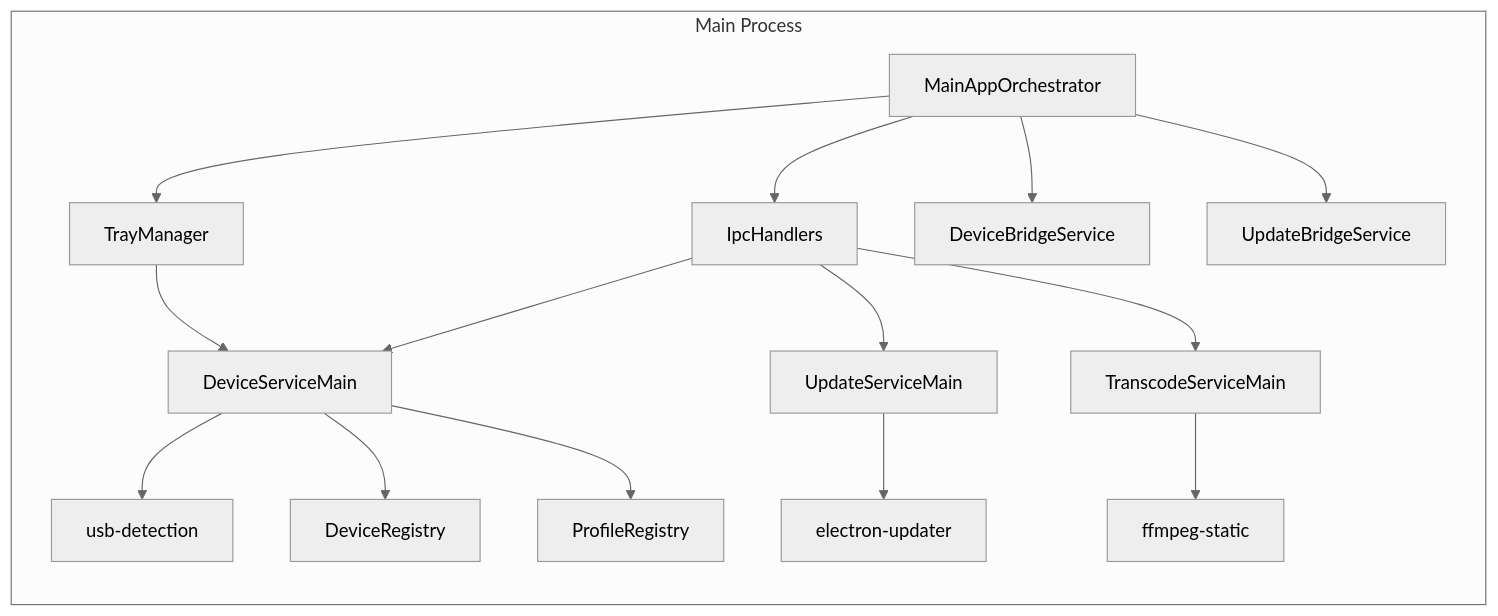
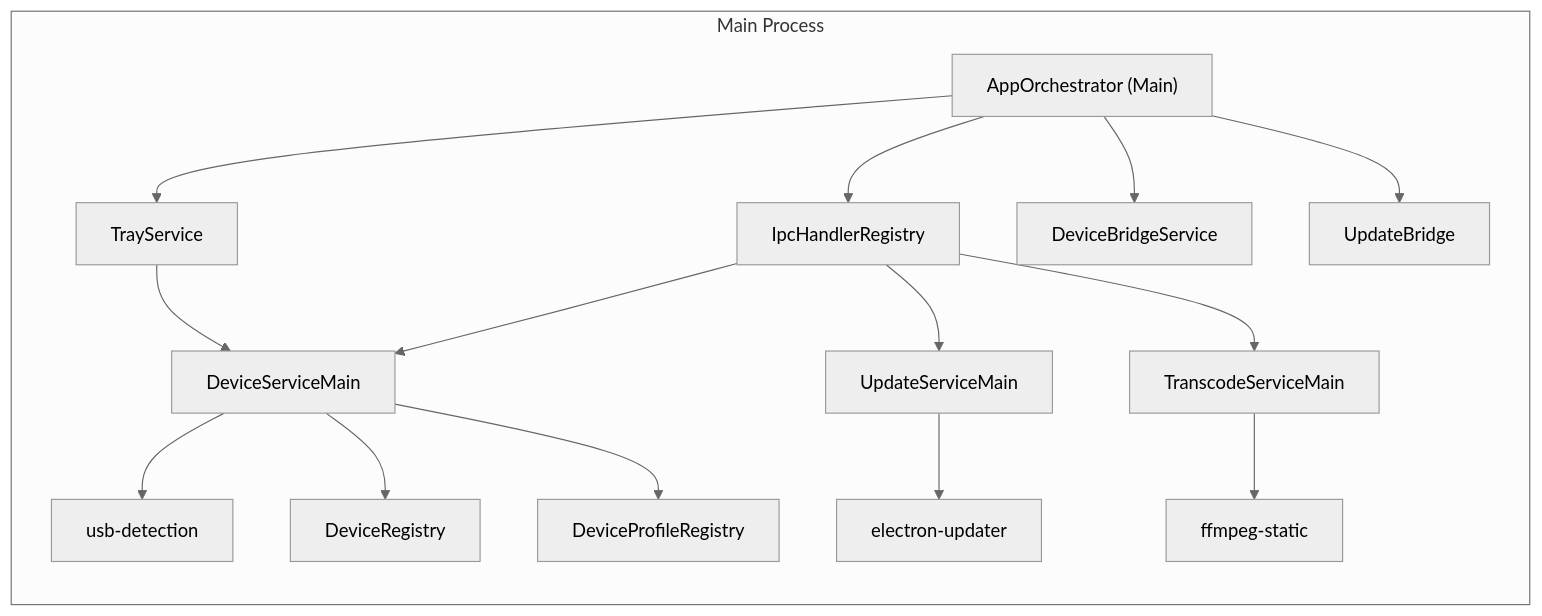
Before and after one commit to josstei/prismgb-app: the sixth of 8 diagrams in docs/architecture-diagrams.md, drawn with Mermaid (neutral theme). The commit also changed other lines of this file and 50 other files, not shown here.

````diff
--- a/docs/architecture-diagrams.md
+++ b/docs/architecture-diagrams.md
@@ -145,34 +128,34 @@
 ```mermaid
 flowchart LR
   subgraph MAIN[Main Process]
-    MainAppOrchestrator[MainAppOrchestrator]
-    IpcHandlers[IpcHandlers]
-    TrayManager[TrayManager]
+    AppOrchestrator["AppOrchestrator (Main)"]
+    IpcHandlerRegistry[IpcHandlerRegistry]
+    TrayService[TrayService]
     DeviceBridge[DeviceBridgeService]
-    UpdateBridge[UpdateBridgeService]
+    UpdateBridge[UpdateBridge]
     DeviceServiceMain[DeviceServiceMain]
     UpdateServiceMain[UpdateServiceMain]
     TranscodeServiceMain[TranscodeServiceMain]
     UsbDetection[usb-detection]
     DeviceRegistry[DeviceRegistry]
-    ProfileRegistry[ProfileRegistry]
+    DeviceProfileRegistry[DeviceProfileRegistry]
     AutoUpdater[electron-updater]
     FFmpeg[ffmpeg-static]
   end
 
-  MainAppOrchestrator --> IpcHandlers
-  MainAppOrchestrator --> TrayManager
-  MainAppOrchestrator --> DeviceBridge
-  MainAppOrchestrator --> UpdateBridge
+  AppOrchestrator --> IpcHandlerRegistry
+  AppOrchestrator --> TrayService
+  AppOrchestrator --> DeviceBridge
+  AppOrchestrator --> UpdateBridge
 
-  IpcHandlers --> DeviceServiceMain
-  IpcHandlers --> UpdateServiceMain
-  IpcHandlers --> TranscodeServiceMain
-  TrayManager --> DeviceServiceMain
+  IpcHandlerRegistry --> DeviceServiceMain
+  IpcHandlerRegistry --> UpdateServiceMain
+  IpcHandlerRegistry --> TranscodeServiceMain
+  TrayService --> DeviceServiceMain
 
   DeviceServiceMain --> UsbDetection
   DeviceServiceMain --> DeviceRegistry
-  DeviceServiceMain --> ProfileRegistry
+  DeviceServiceMain --> DeviceProfileRegistry
   UpdateServiceMain --> AutoUpdater
   TranscodeServiceMain --> FFmpeg
 ```
````
